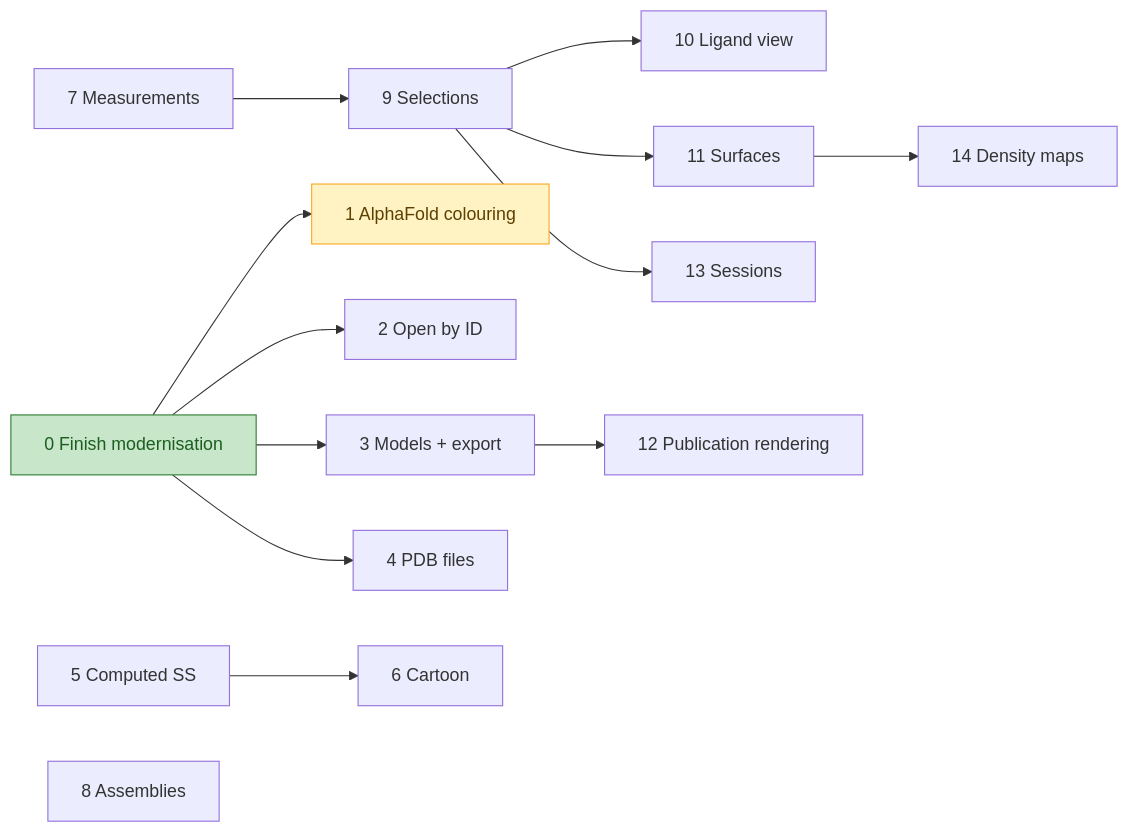
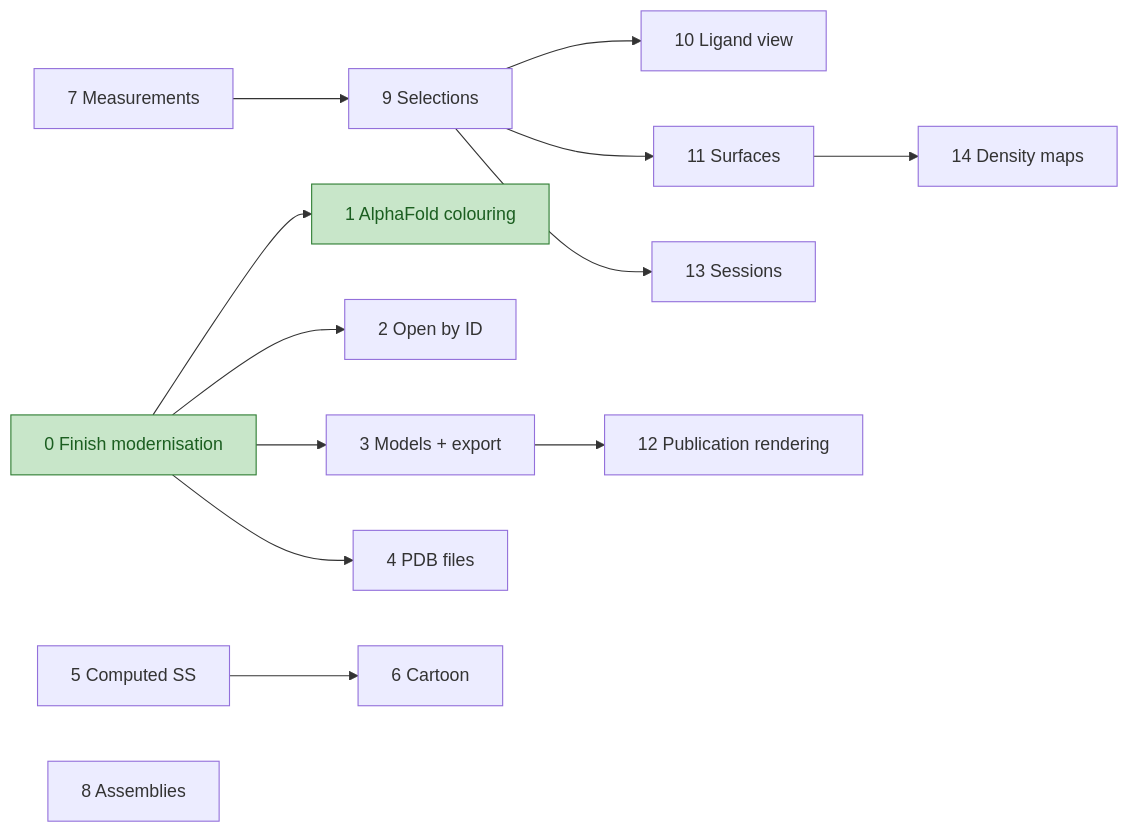
The diagram in docs/roadmap.md (PorridgeBear/jmvs), drawn with Mermaid before and after one commit. The commit also changed other lines of this file, not shown here.

Commit message:
fix: Update AlphaFold-ready colouring status to done and adjust class definitions

````diff
--- a/docs/roadmap.md
+++ b/docs/roadmap.md
@@ -37,20 +37,19 @@
 ```mermaid
 flowchart LR
     S0[0 Finish modernisation] --> S1[1 AlphaFold colouring]
     S0 --> S2[2 Open by ID]
     S0 --> S3[3 Models + export]
     S0 --> S4[4 PDB files]
     S5[5 Computed SS] --> S6[6 Cartoon]
     S7[7 Measurements] --> S9[9 Selections]
     S9 --> S10[10 Ligand view]
     S9 --> S11[11 Surfaces]
     S9 --> S13[13 Sessions]
     S3 --> S12[12 Publication rendering]
     S11 --> S14[14 Density maps]
     S8[8 Assemblies]
 
     classDef done fill:#c8e6c9,stroke:#2e7d32,color:#1b5e20
     classDef inProgress fill:#fff3c4,stroke:#f9a825,color:#5d4000
-    class S0 done
-    class S1 inProgress
+    class S0,S1 done
 ```
````
